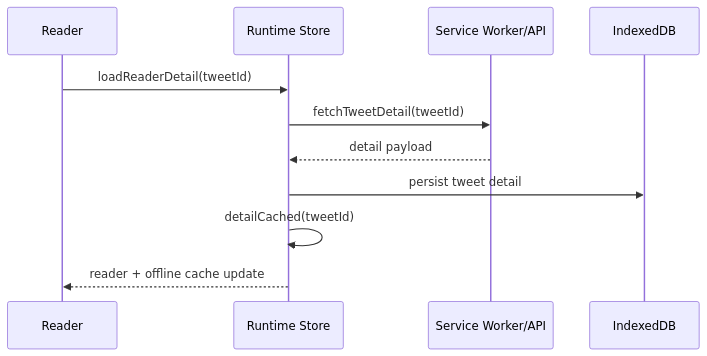
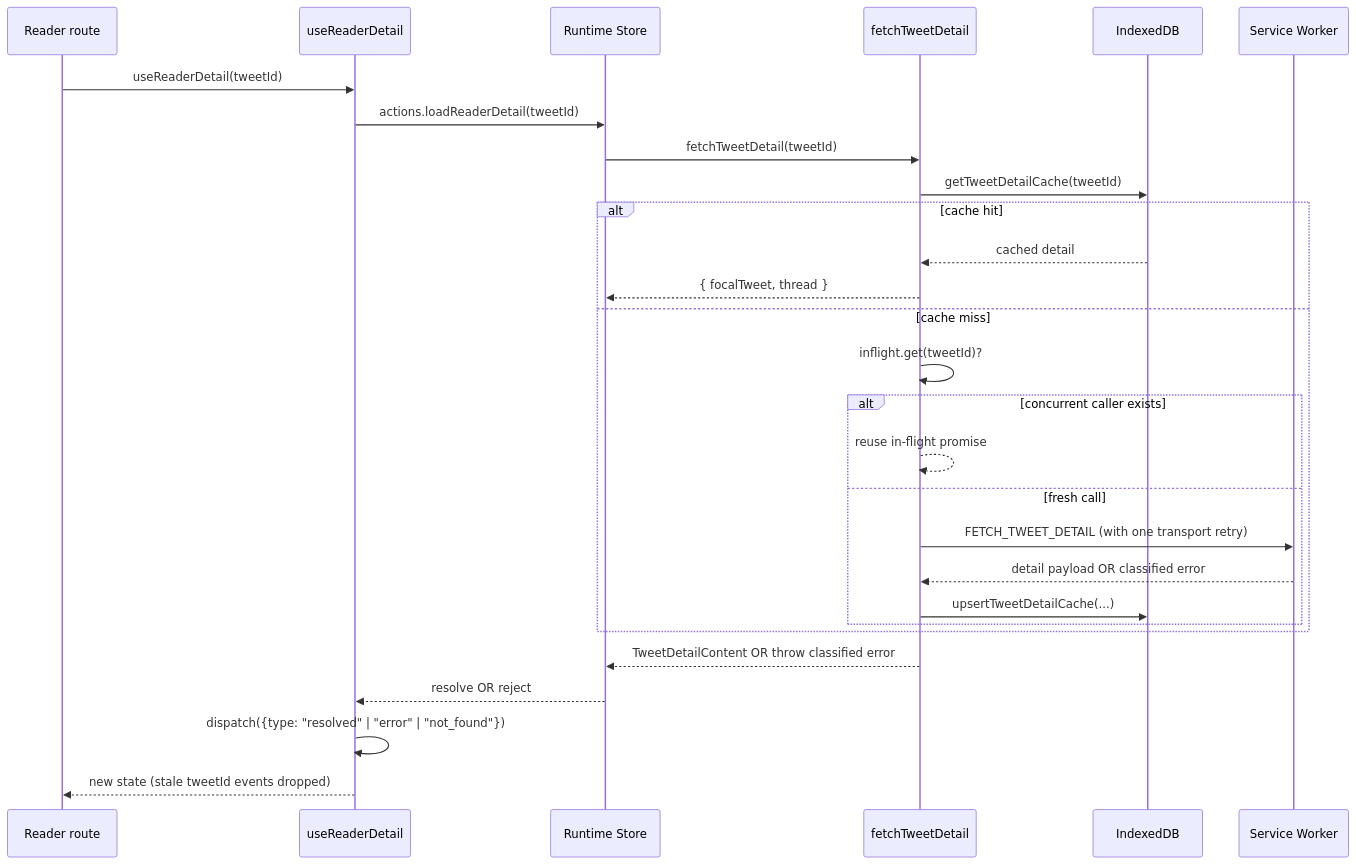
One commit to nnnkit/totem changed diagram 11 of 15 in ARCHITECTURE.md. Above: the diagram before and after it, drawn with Mermaid. The commit also changed other lines of this file and 2 other files, not shown here.

Commit message:
docs: refresh architecture doc for post-refactor state; add visual diagrams

````diff
--- a/ARCHITECTURE.md
+++ b/ARCHITECTURE.md
@@ -326,14 +383,31 @@
 ```mermaid
 sequenceDiagram
-  participant UI as Reader
+  participant UI as Reader route
+  participant Hook as useReaderDetail
   participant Store as Runtime Store
-  participant SW as Service Worker/API
+  participant API as fetchTweetDetail
   participant DB as IndexedDB
+  participant SW as Service Worker
 
-  UI->>Store: loadReaderDetail(tweetId)
-  Store->>SW: fetchTweetDetail(tweetId)
-  SW-->>Store: detail payload
-  Store->>DB: persist tweet detail
-  Store->>Store: detailCached(tweetId)
-  Store-->>UI: reader + offline cache update
+  UI->>Hook: useReaderDetail(tweetId)
+  Hook->>Store: actions.loadReaderDetail(tweetId)
+  Store->>API: fetchTweetDetail(tweetId)
+  API->>DB: getTweetDetailCache(tweetId)
+  alt cache hit
+    DB-->>API: cached detail
+    API-->>Store: { focalTweet, thread }
+  else cache miss
+    API->>API: inflight.get(tweetId)?
+    alt concurrent caller exists
+      API-->>API: reuse in-flight promise
+    else fresh call
+      API->>SW: FETCH_TWEET_DETAIL (with one transport retry)
+      SW-->>API: detail payload OR classified error
+      API->>DB: upsertTweetDetailCache(...)
+    end
+  end
+  API-->>Store: TweetDetailContent OR throw classified error
+  Store-->>Hook: resolve OR reject
+  Hook->>Hook: dispatch({type: "resolved" | "error" | "not_found"})
+  Hook-->>UI: new state (stale tweetId events dropped)
 ```
````
